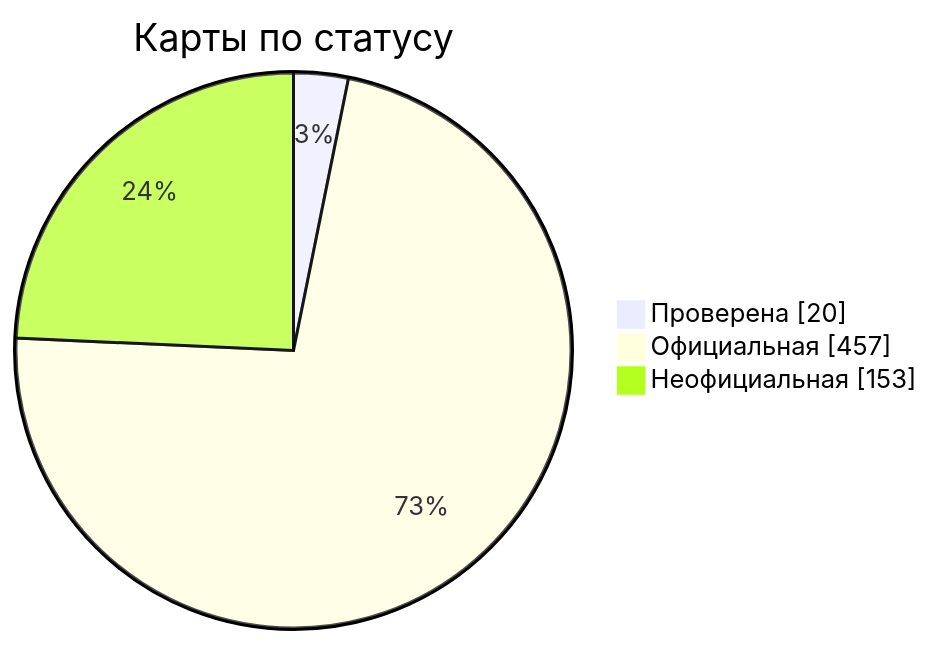
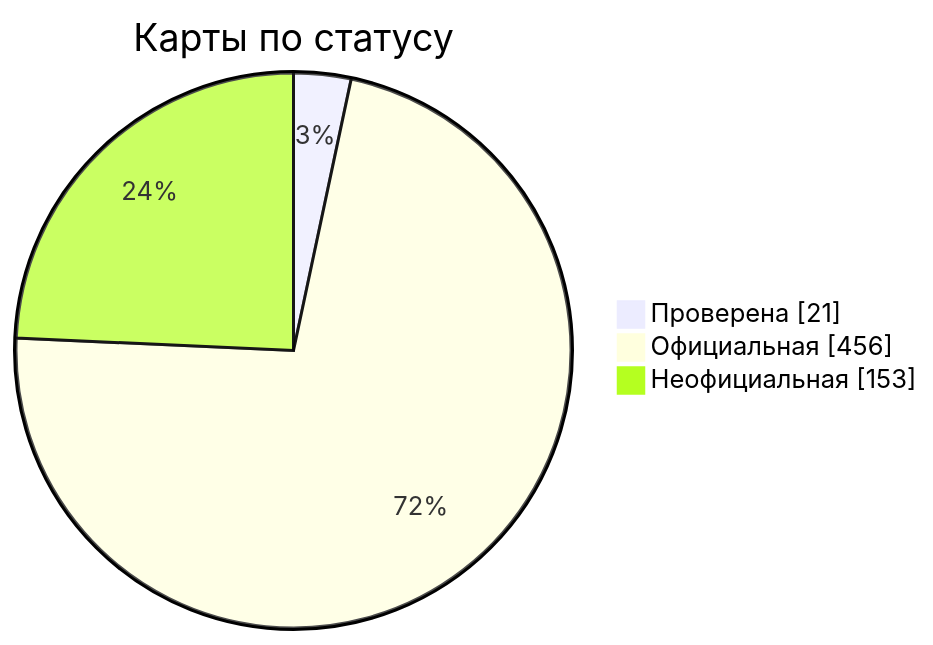
The diagram in docs/readme/README_RU.md (nobrega8/mbmap-library), drawn with Mermaid before and after one commit. The commit also changed 6 other files, not shown here.

````diff
--- a/docs/readme/README_RU.md
+++ b/docs/readme/README_RU.md
@@ -54,7 +54,7 @@
 ```mermaid
 pie showData
     title Карты по статусу
-    "Проверена" : 20
-    "Официальная" : 457
+    "Проверена" : 21
+    "Официальная" : 456
     "Неофициальная" : 153
 ```
````
